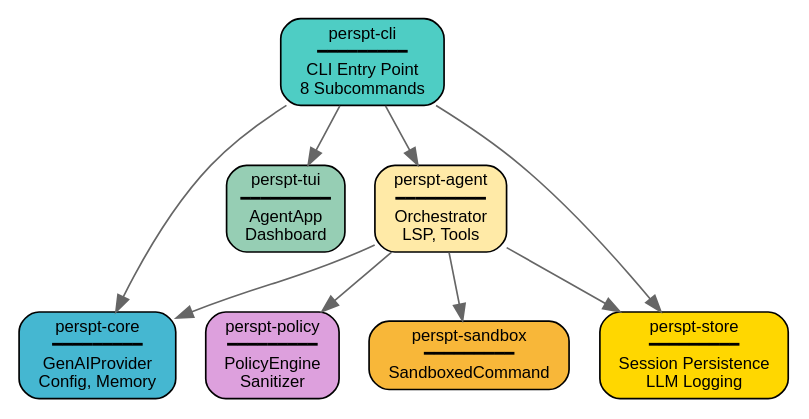
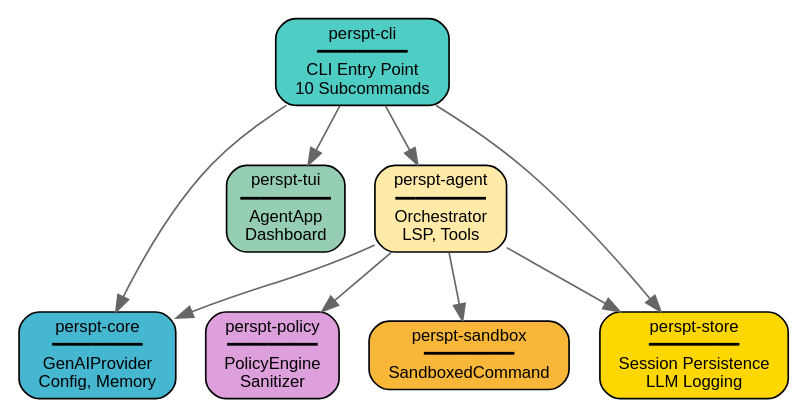
The diagram in docs/perspt_book/source/concepts/workspace-crates.rst (eonseed/perspt), drawn with Graphviz before and after one commit. The commit also changed other lines of this file and 19 other files, not shown here.

```diff
--- a/docs/perspt_book/source/concepts/workspace-crates.rst
+++ b/docs/perspt_book/source/concepts/workspace-crates.rst
@@ -11,26 +11,26 @@
 .. graphviz::
    :align: center
    :caption: Crate Dependency Graph
 
    digraph workspace {
        rankdir=TB;
        node [shape=box, style="rounded,filled", fontname="Helvetica", fontsize=10];
        edge [color="#666666"];
        
-       cli [label="perspt-cli\n━━━━━━━━━\nCLI Entry Point\n8 Subcommands", fillcolor="#4ECDC4"];
+       cli [label="perspt-cli\n━━━━━━━━━\nCLI Entry Point\n10 Subcommands", fillcolor="#4ECDC4"];
        core [label="perspt-core\n━━━━━━━━━\nGenAIProvider\nConfig, Memory", fillcolor="#45B7D1"];
        tui [label="perspt-tui\n━━━━━━━━━\nAgentApp\nDashboard", fillcolor="#96CEB4"];
        agent [label="perspt-agent\n━━━━━━━━━\nOrchestrator\nLSP, Tools", fillcolor="#FFEAA7"];
        policy [label="perspt-policy\n━━━━━━━━━\nPolicyEngine\nSanitizer", fillcolor="#DDA0DD"];
        sandbox [label="perspt-sandbox\n━━━━━━━━━\nSandboxedCommand", fillcolor="#F8B739"];
        store [label="perspt-store\n━━━━━━━━━\nSession Persistence\nLLM Logging", fillcolor="#FFD700"];
        
        cli -> core;
        cli -> tui;
        cli -> agent;
        cli -> store;
        agent -> core;
        agent -> policy;
        agent -> sandbox;
        agent -> store;
    }
```
